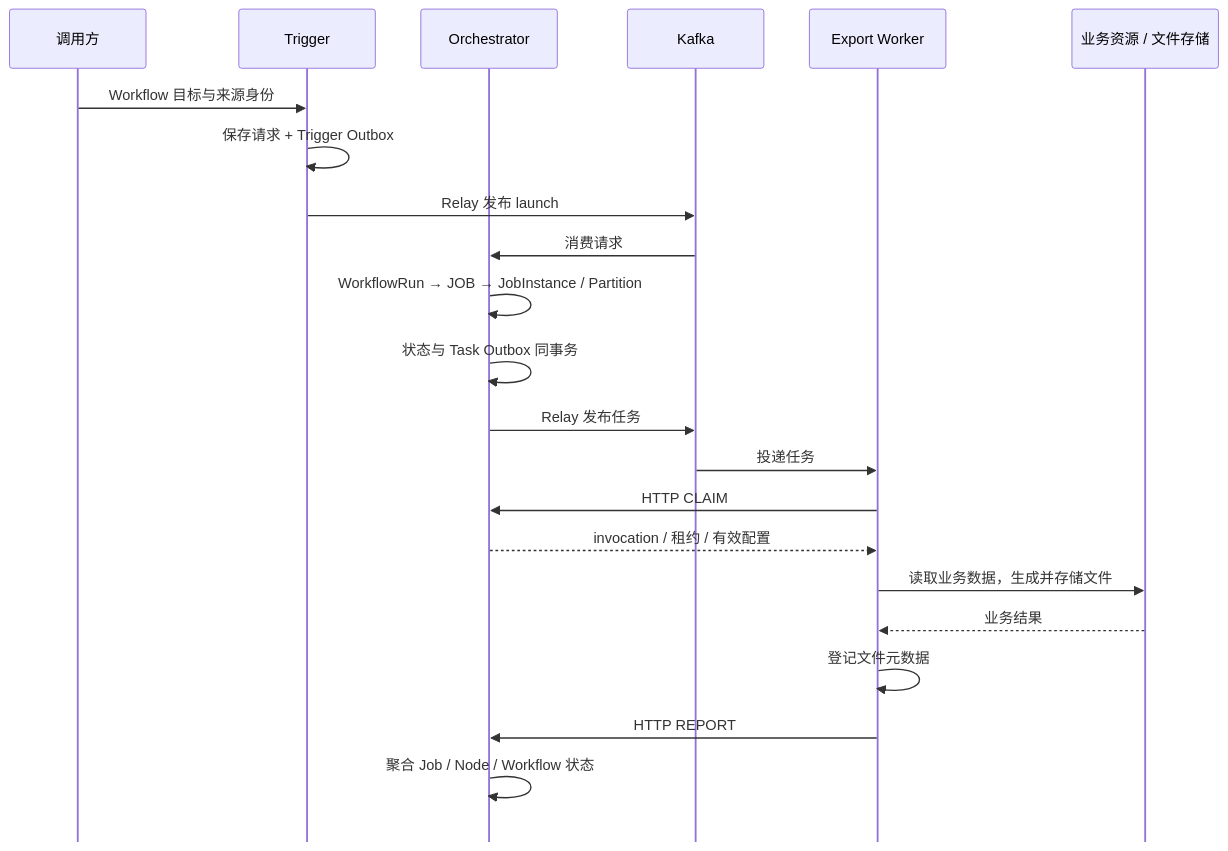
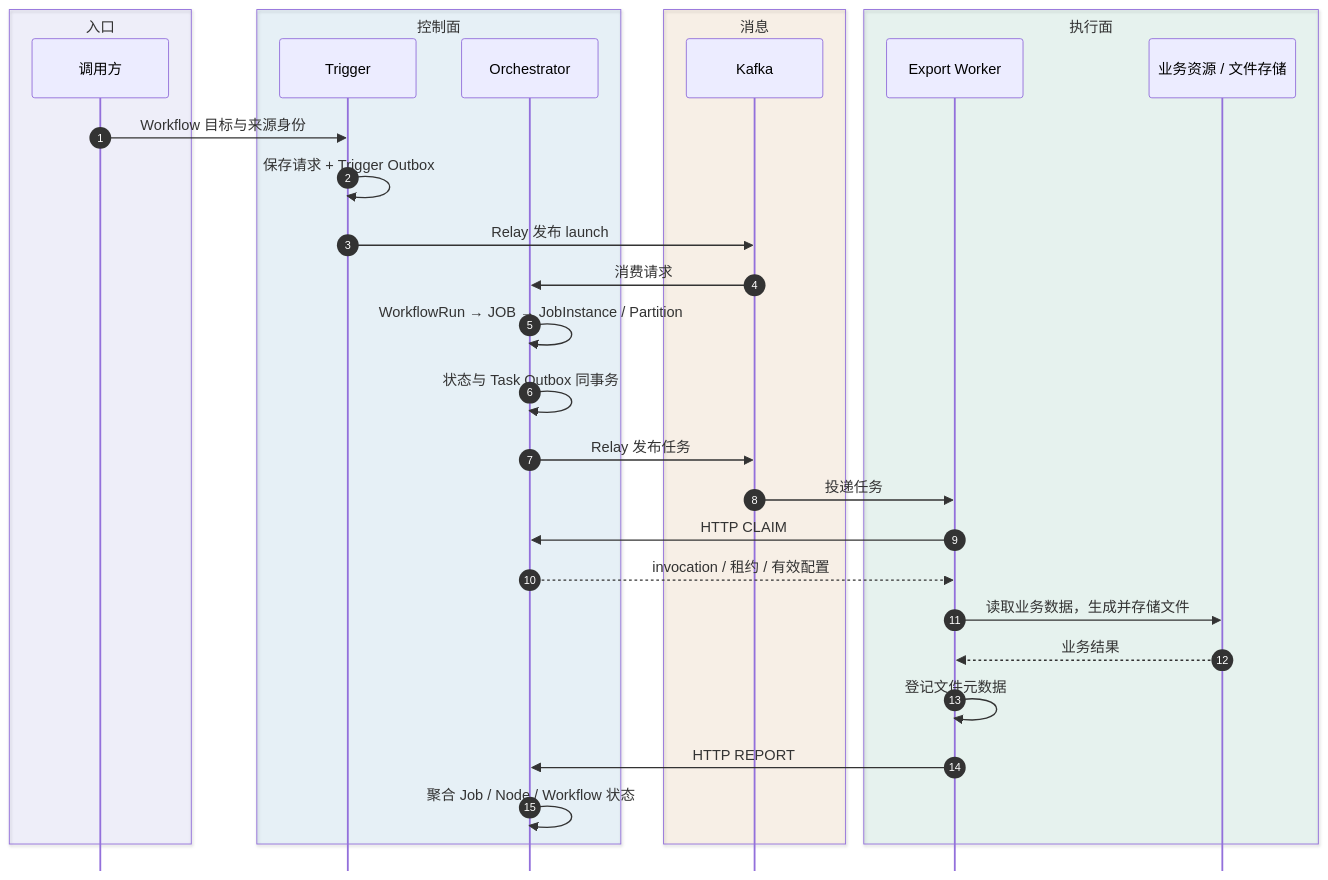
One commit to pinpols/file-batch-system changed diagram 15 of 23 in docs/architecture/system-flow-overview.md. Above: the diagram before and after it, drawn with Mermaid. The commit also changed other lines of this file and 11 other files, not shown here.

First line of the commit message:
docs(diagram): P2 文档图按图例统一并按源码核对状态机 (#1383)

````diff
--- a/docs/architecture/system-flow-overview.md
+++ b/docs/architecture/system-flow-overview.md
@@ -495,25 +509,34 @@
 ```mermaid
 %%{init: {"flowchart":{"curve":"linear","nodeSpacing":32,"rankSpacing":48},"sequence":{"mirrorActors":false}}}%%
 sequenceDiagram
-  participant C as 调用方
-  participant T as Trigger
-  participant O as Orchestrator
-  participant K as Kafka
-  participant W as Export Worker
-  participant B as 业务资源 / 文件存储
+  autonumber
+  box rgba(99,102,241,0.08) 入口
+    participant C as 调用方
+  end
+  box rgba(2,132,199,0.08) 控制面
+    participant T as Trigger
+    participant O as Orchestrator
+  end
+  box rgba(217,119,6,0.08) 消息
+    participant K as Kafka
+  end
+  box rgba(5,150,105,0.08) 执行面
+    participant W as Export Worker
+    participant B as 业务资源 / 文件存储
+  end
   C->>T: Workflow 目标与来源身份
   T->>T: 保存请求 + Trigger Outbox
   T->>K: Relay 发布 launch
   K->>O: 消费请求
   O->>O: WorkflowRun → JOB → JobInstance / Partition
   O->>O: 状态与 Task Outbox 同事务
   O->>K: Relay 发布任务
   K->>W: 投递任务
   W->>O: HTTP CLAIM
   O-->>W: invocation / 租约 / 有效配置
   W->>B: 读取业务数据，生成并存储文件
   B-->>W: 业务结果
   W->>W: 登记文件元数据
   W->>O: HTTP REPORT
   O->>O: 聚合 Job / Node / Workflow 状态
 ```
````
